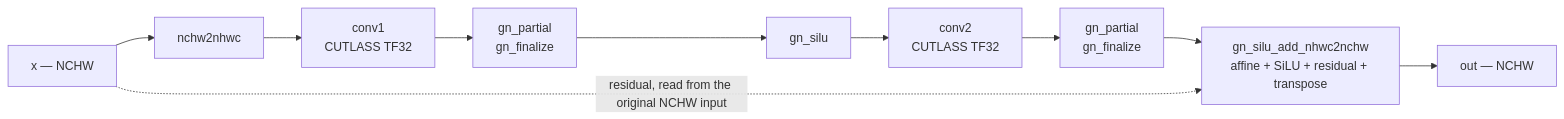
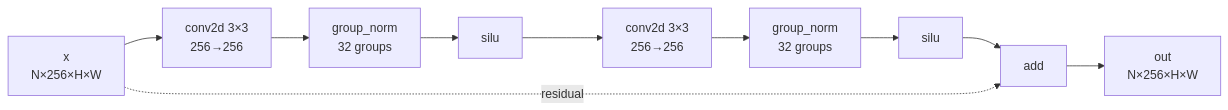
One commit to AppleJack9050/KernelMem changed the first of 3 diagrams in WHY_002_BEATS_TORCH_COMPILE.md. Above: the diagram before and after it, drawn with Mermaid. The commit also changed other lines of this file and 1 other file, not shown here.

````diff
--- a/WHY_002_BEATS_TORCH_COMPILE.md
+++ b/WHY_002_BEATS_TORCH_COMPILE.md
@@ -179,12 +72,8 @@
 ```mermaid
 flowchart LR
-  X["x — NCHW"] --> K1["nchw2nhwc"]
-  K1 --> C1["conv1<br/>CUTLASS TF32"]
-  C1 --> M1["gn_partial<br/>gn_finalize"]
-  M1 --> K4["gn_silu"]
-  K4 --> C2["conv2<br/>CUTLASS TF32"]
-  C2 --> M2["gn_partial<br/>gn_finalize"]
-  M2 --> K5["gn_silu_add_nhwc2nchw<br/>affine + SiLU + residual + transpose"]
-  X -. "residual, read from the original NCHW input" .-> K5
-  K5 --> O["out — NCHW"]
+  X["x<br/>N×256×H×W"] --> C1["conv2d 3×3<br/>256→256"]
+  C1 --> G1["group_norm<br/>32 groups"] --> S1["silu"]
+  S1 --> C2["conv2d 3×3<br/>256→256"]
+  C2 --> G2["group_norm<br/>32 groups"] --> S2["silu"] --> A["add"] --> O["out<br/>N×256×H×W"]
+  X -. "residual" .-> A
 ```
````
